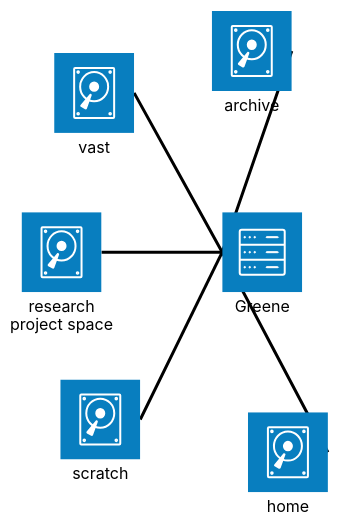
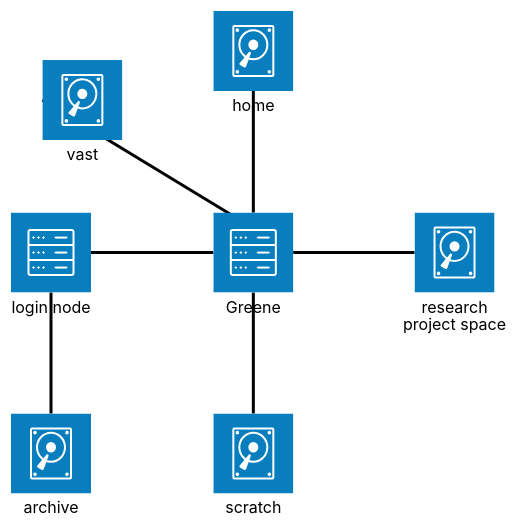
The diagram in docs/hpc/10_tutorials/01_linux_tutorial.mdx (NYU-RTS/rts-docs-dev), drawn with Mermaid (forest theme) before and after one commit. The commit also changed 1 other file, not shown here.

Commit message:
updated mermaid diagram with suggestion from PR; It looks much better now. Thanks Sajid!

````diff
--- a/docs/hpc/10_tutorials/01_linux_tutorial.mdx
+++ b/docs/hpc/10_tutorials/01_linux_tutorial.mdx
@@ -12,16 +12,17 @@
 ```mermaid
 architecture-beta
-    service server(server)[Greene]
-    service disk1(disk)[home]
-    service disk2(disk)[scratch]
-    service disk3(disk)[archive]
-    service disk4(disk)[vast]
-    service disk5(disk)[research project space]
+    service greene(server)[Greene]
+    service home(disk)[home]
+    service scratch(disk)[scratch]
+    service archive(disk)[archive]
+    service vast(disk)[vast]
+    service rps(disk)[research project space]
+    service login(server)[login node]
 
-    server:L -- R:disk1
-    server:L -- R:disk2
-    server:L -- R:disk3
-    server:L -- R:disk4
-    server:L -- R:disk5
-
+    greene:L -- R:login
+    login:B -- T:archive
+    greene:T -- B:home
+    greene:B -- T:scratch
+    greene:R -- L:vast
+    greene:R -- L:rps
 ```
````
